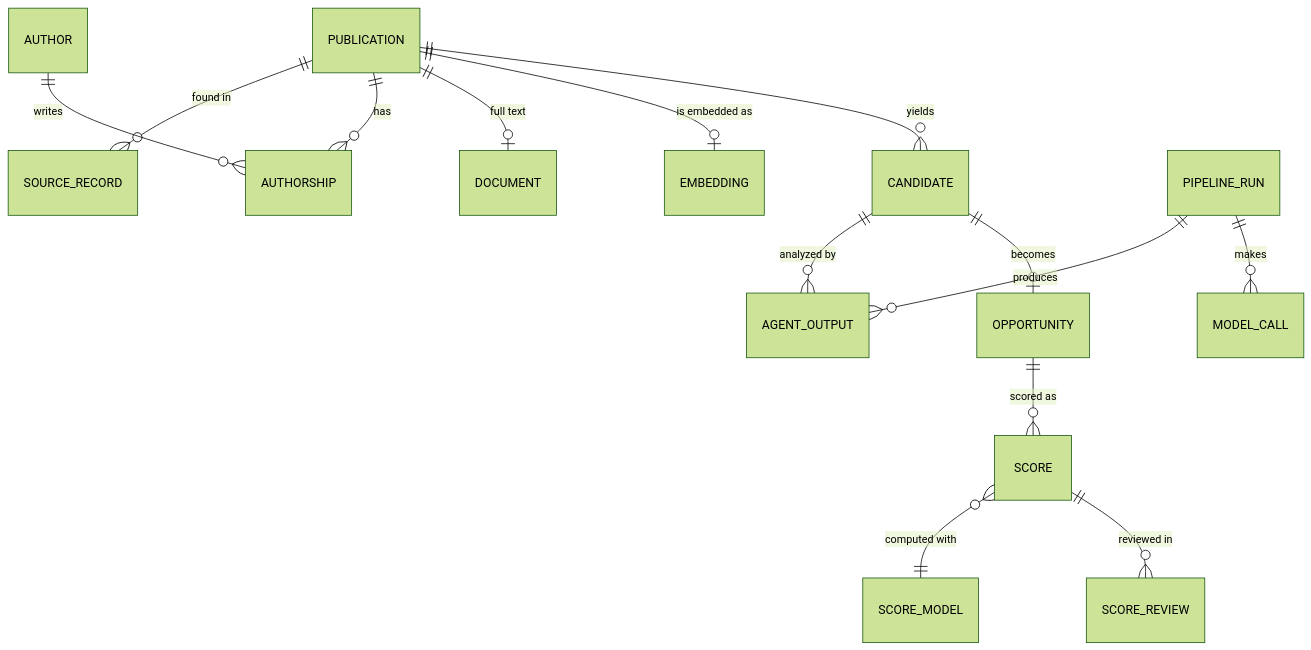
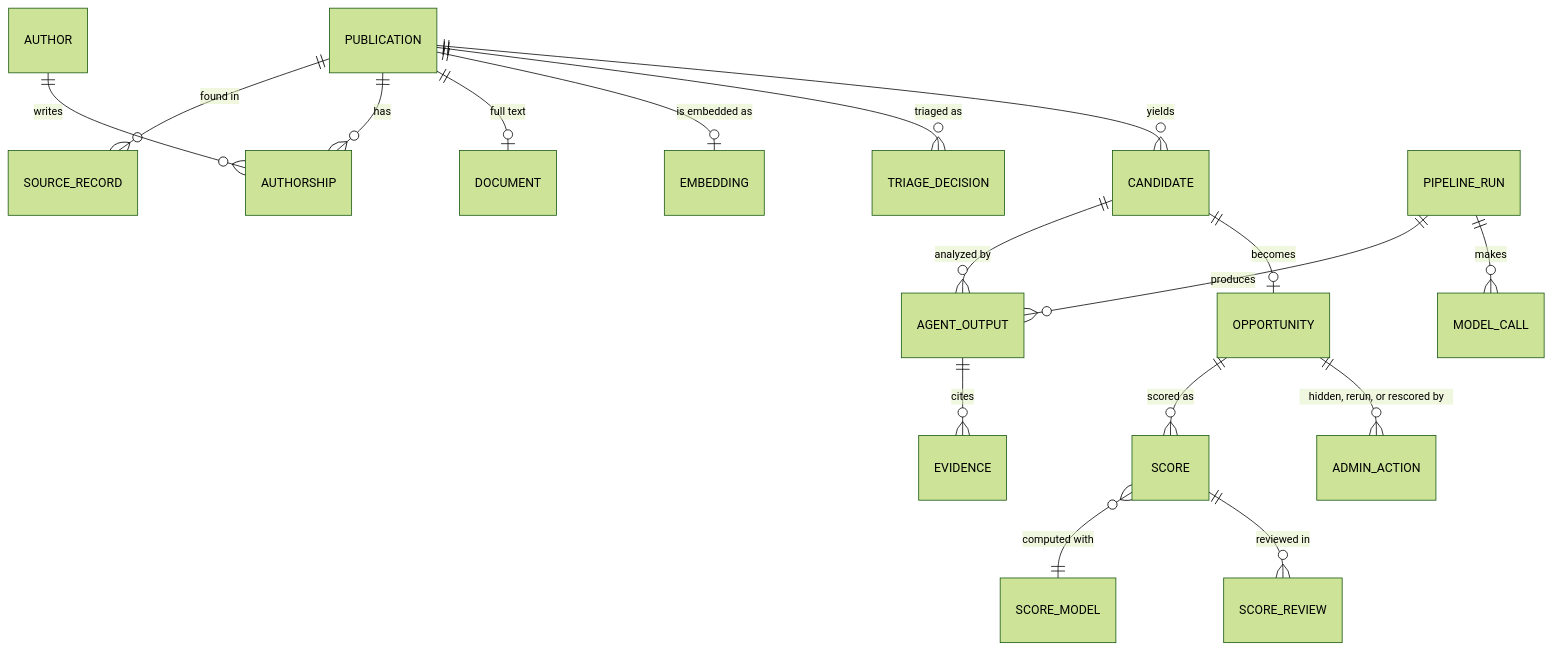
One commit to SolarnodeCC/didactic-octo-barnacle changed the diagram in docs/kt/architecture/data-model.md. Above: the diagram before and after it, drawn with Mermaid (forest theme). The commit also changed other lines of this file and 61 other files, not shown here.

````diff
--- a/docs/kt/architecture/data-model.md
+++ b/docs/kt/architecture/data-model.md
@@ -13,16 +13,19 @@
 ```mermaid
 erDiagram
   PUBLICATION ||--o{ SOURCE_RECORD : "found in"
   PUBLICATION ||--o{ AUTHORSHIP : has
   AUTHOR ||--o{ AUTHORSHIP : writes
   PUBLICATION ||--o| DOCUMENT : "full text"
   PUBLICATION ||--o| EMBEDDING : "is embedded as"
+  PUBLICATION ||--o{ TRIAGE_DECISION : "triaged as"
   PUBLICATION ||--o{ CANDIDATE : yields
   CANDIDATE ||--o{ AGENT_OUTPUT : "analyzed by"
+  AGENT_OUTPUT ||--o{ EVIDENCE : cites
   PIPELINE_RUN ||--o{ AGENT_OUTPUT : produces
   CANDIDATE ||--o| OPPORTUNITY : becomes
   OPPORTUNITY ||--o{ SCORE : "scored as"
   SCORE }o--|| SCORE_MODEL : "computed with"
   SCORE ||--o{ SCORE_REVIEW : "reviewed in"
+  OPPORTUNITY ||--o{ ADMIN_ACTION : "hidden, rerun, or rescored by"
   PIPELINE_RUN ||--o{ MODEL_CALL : makes
 ```
````
